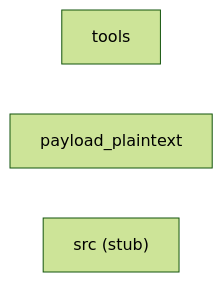
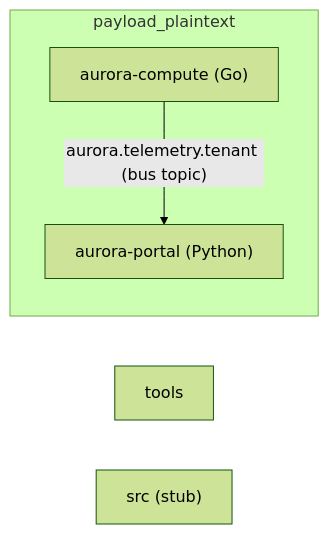
The diagram in docs/architecture/system.md (daves1102/AgentStudioTest), drawn with Mermaid (forest theme) before and after one commit. The commit also changed other lines of this file and 4 other files, not shown here.

Commit message:
docs(architecture): add whole-system architecture artifacts

````diff
--- a/docs/architecture/system.md
+++ b/docs/architecture/system.md
@@ -32,6 +34,10 @@
 ```mermaid
 graph LR
+    subgraph payload-plaintext["payload_plaintext"]
+        aurora-compute["aurora-compute (Go)"]
+        aurora-portal["aurora-portal (Python)"]
+        aurora-compute -->|"aurora.telemetry.tenant (bus topic)"| aurora-portal
+    end
     tools["tools"]
-    payload-plaintext["payload_plaintext"]
     src["src (stub)"]
 ```
````
